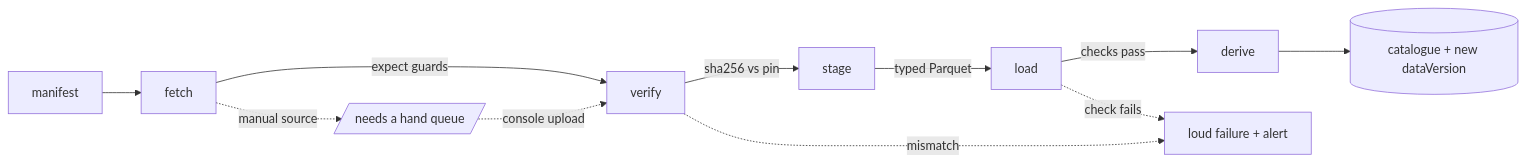
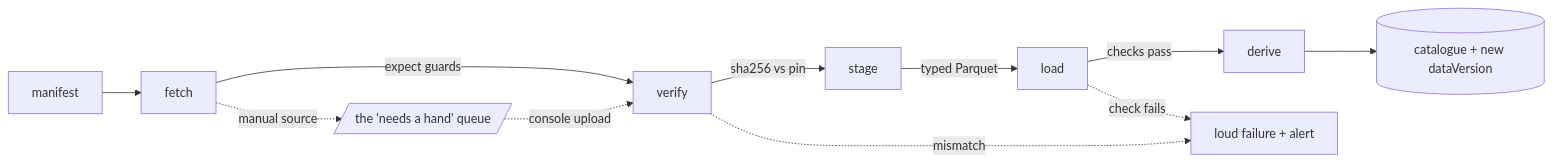
Before and after one commit to waxim/seldon: the diagram in docs/05-datasets.md, drawn with Mermaid. The commit also changed other lines of this file and 10 other files, not shown here.

````diff
--- a/docs/05-datasets.md
+++ b/docs/05-datasets.md
@@ -169,13 +169,13 @@
 ```mermaid
 flowchart LR
   M[manifest] --> F[fetch]
   F -->|expect guards| V[verify]
   V -->|sha256 vs pin| S[stage]
   S -->|typed Parquet| L[load]
   L -->|checks pass| D[derive]
   D --> C[(catalogue + new dataVersion)]
-  F -. manual source .-> H[/"needs a hand" queue/]
+  F -. manual source .-> H[/"the 'needs a hand' queue"/]
   H -. console upload .-> V
   V -. mismatch .-> X[loud failure + alert]
   L -. check fails .-> X
 ```
````
